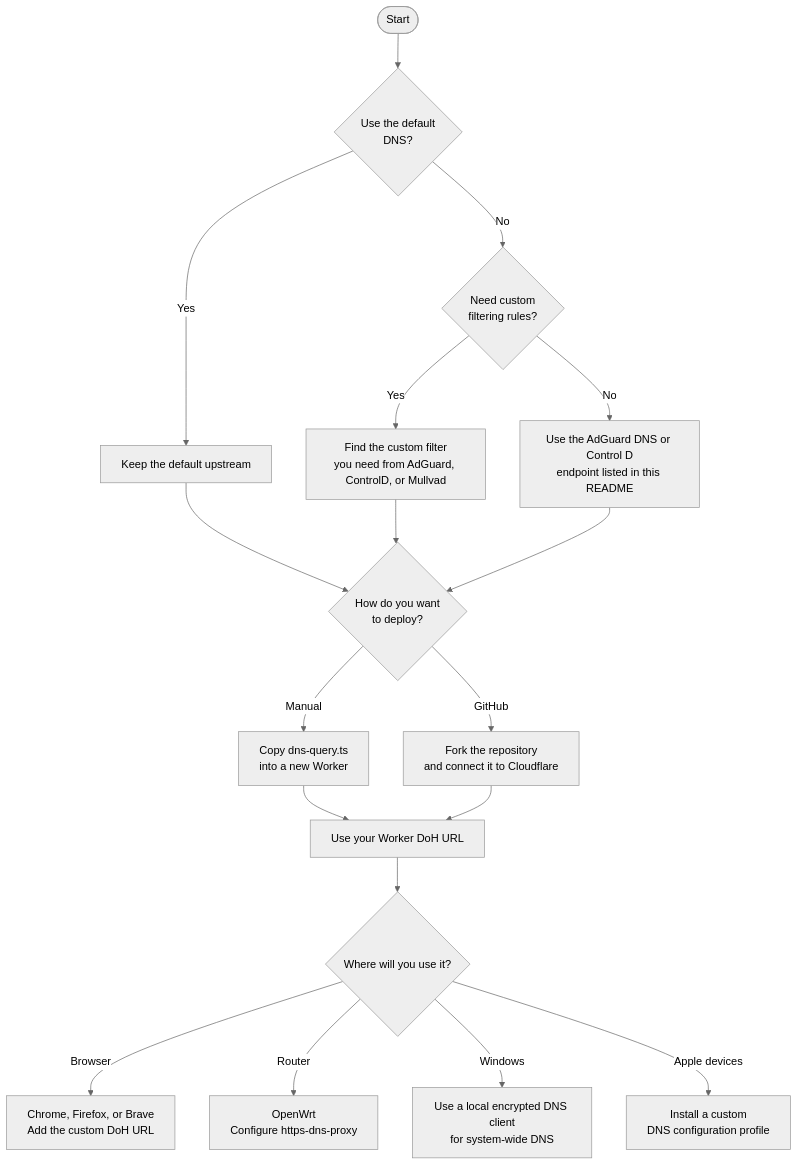
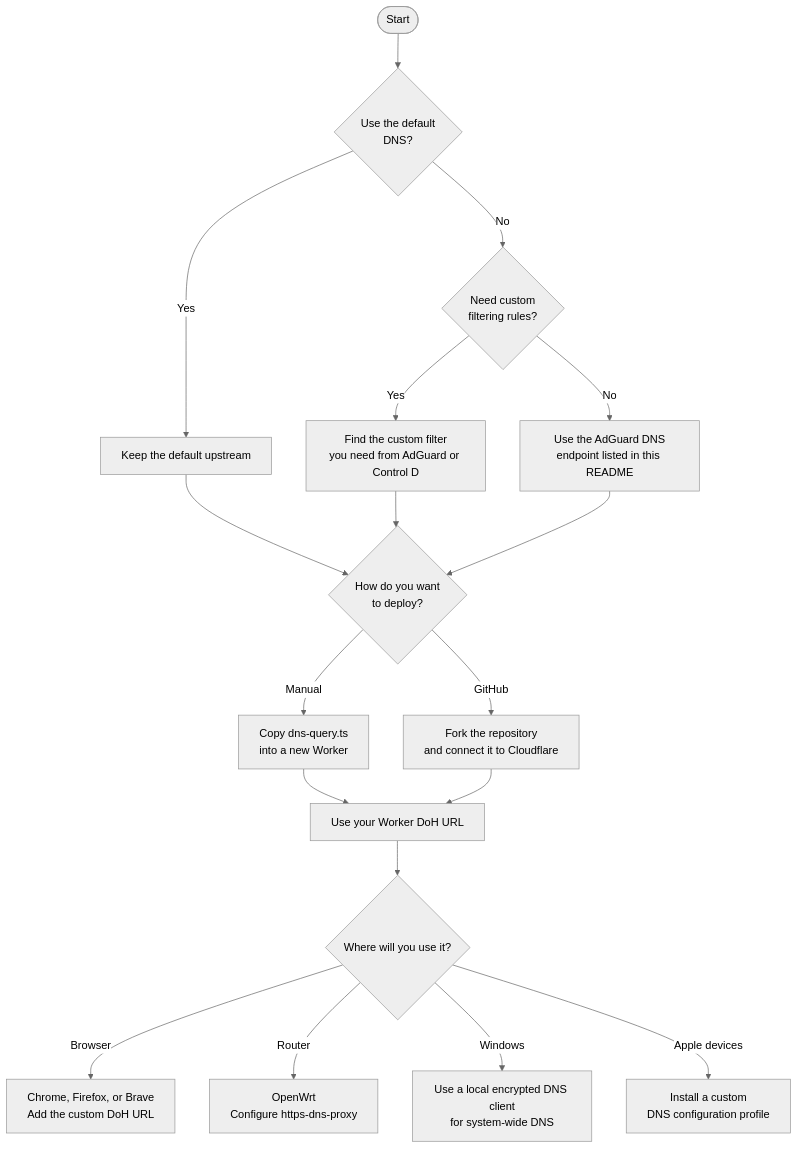
Before and after one commit to SinaMombeiny/DoH-CFW: the diagram in README.md, drawn with Mermaid (neutral theme). The commit also changed other lines of this file, not shown here.

Commit message:
Update README: switch default upstream from Mullvad to Control D, remove Control D from recommendations, keep only AdGuard

````diff
--- a/README.md
+++ b/README.md
@@ -43,20 +27,20 @@
 ```mermaid
 flowchart TD
     A([Start]) --> B{Use the default<br/>DNS?}
     B -->|Yes| C[Keep the default upstream]
     B -->|No| D{Need custom<br/>filtering rules?}
-    D -->|Yes| E[Find the custom filter<br/>you need from AdGuard, ControlD, or Mullvad]
-    D -->|No| F[Use the AdGuard DNS or Control D<br/>endpoint listed in this README]
+    D -->|Yes| E[Find the custom filter<br/>you need from AdGuard or Control D]
+    D -->|No| F[Use the AdGuard DNS<br/>endpoint listed in this README]
     C --> G{How do you want<br/>to deploy?}
     E --> G
     F --> G
     G -->|Manual| H[Copy dns-query.ts<br/>into a new Worker]
     G -->|GitHub| I[Fork the repository<br/>and connect it to Cloudflare]
     H --> J[Use your Worker DoH URL]
     I --> J
     J --> K{Where will you use it?}
     K -->|Browser| L[Chrome, Firefox, or Brave<br/>Add the custom DoH URL]
     K -->|Router| M[OpenWrt<br/>Configure https-dns-proxy]
     K -->|Windows| N[Use a local encrypted DNS client<br/>for system-wide DNS]
     K -->|Apple devices| O[Install a custom<br/>DNS configuration profile]
 ```
````
